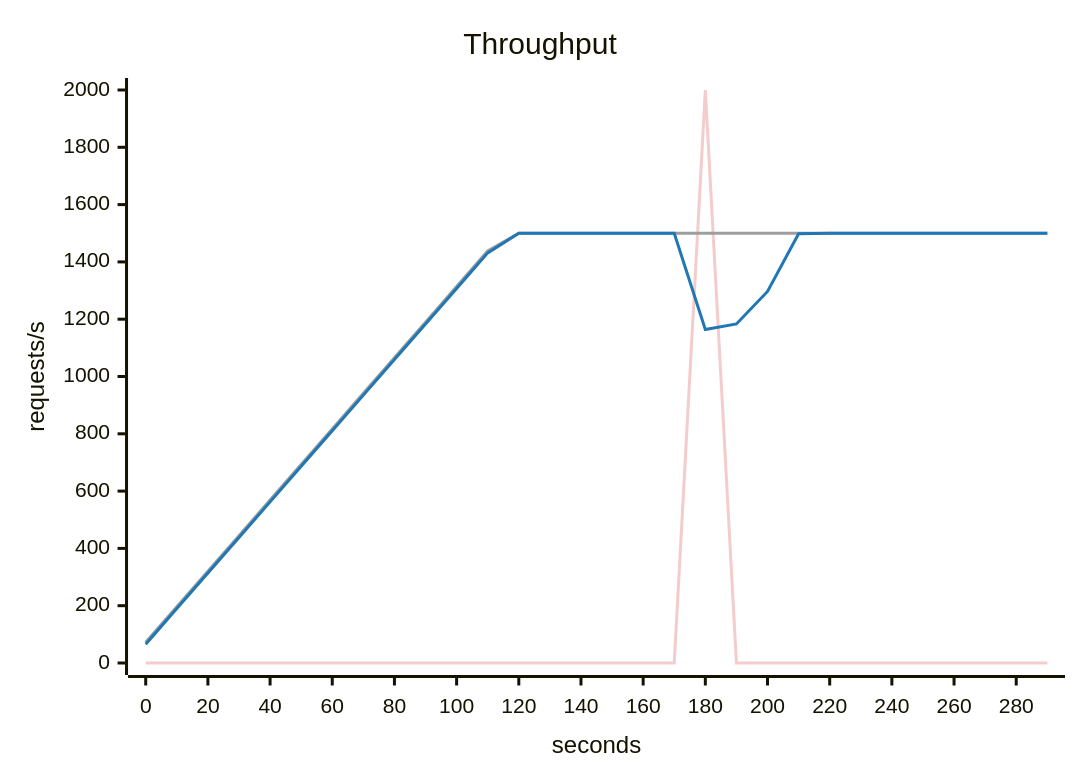
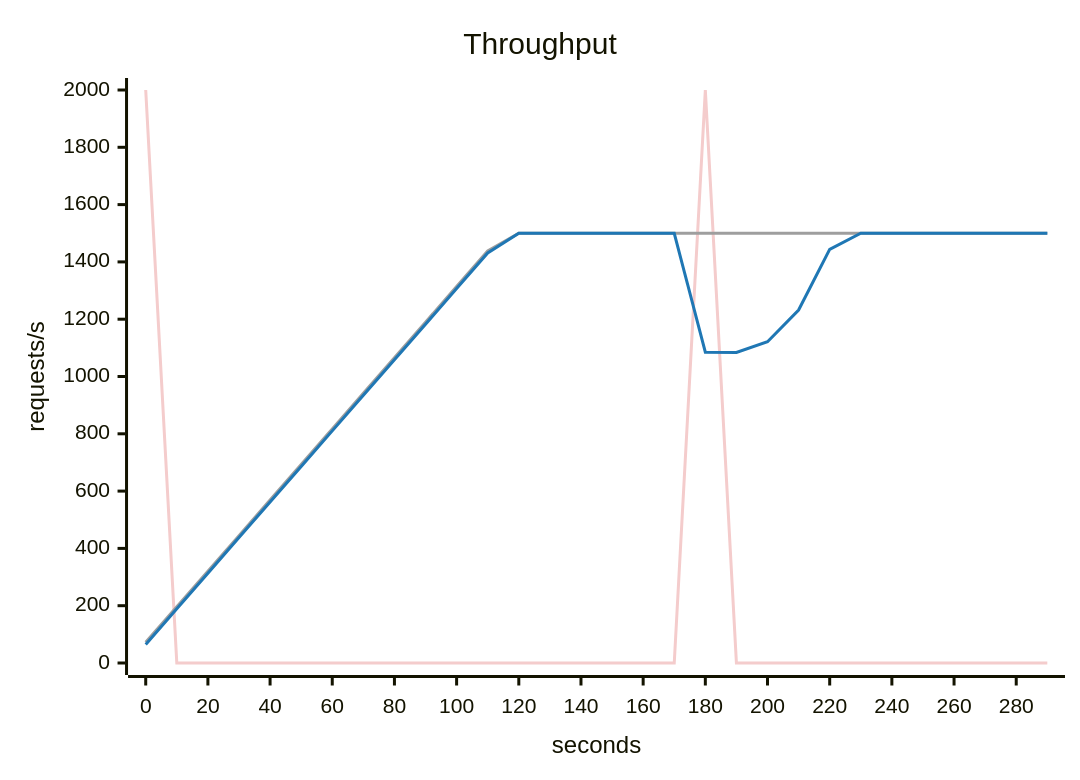
One commit to akinfemi/load-lore changed the second of 5 diagrams in scenarios/cache-restart/solutions/coalesce/report.md. Above: the diagram before and after it, drawn with Mermaid. The commit also changed other lines of this file and 49 other files, not shown here.

````diff
--- a/scenarios/cache-restart/solutions/coalesce/report.md
+++ b/scenarios/cache-restart/solutions/coalesce/report.md
@@ -42,16 +41,16 @@
 ```mermaid
 ---
 config:
   themeVariables:
     xyChart:
       backgroundColor: "transparent"
       plotColorPalette: "#f4cccc, #9e9e9e, #1f77b4"
 ---
 xychart-beta
     title "Throughput"
     x-axis "seconds" 0 --> 290
     y-axis "requests/s" 0 --> 2000
-    line [0, 0, 0, 0, 0, 0, 0, 0, 0, 0, 0, 0, 0, 0, 0, 0, 0, 0, 2000, 0, 0, 0, 0, 0, 0, 0, 0, 0, 0, 0]
+    line [2000, 0, 0, 0, 0, 0, 0, 0, 0, 0, 0, 0, 0, 0, 0, 0, 0, 0, 2000, 0, 0, 0, 0, 0, 0, 0, 0, 0, 0, 0]
     line [72.083, 196.25, 320.417, 444.583, 568.75, 692.917, 817.083, 941.25, 1065.417, 1189.583, 1313.75, 1437.917, 1500, 1500, 1500, 1500, 1500, 1500, 1500, 1500, 1500, 1500, 1500, 1500, 1500, 1500, 1500, 1500, 1500, 1500]
-    line [65.401, 189.918, 314.02, 438.325, 562.427, 686.506, 810.727, 934.983, 1059.085, 1183.307, 1307.437, 1431.463, 1499.85, 1500.099, 1500.002, 1499.902, 1499.998, 1500.002, 1163.818, 1183.522, 1296.833, 1498.376, 1500.049, 1500, 1499.953, 1500.047, 1500.049, 1500, 1499.903, 1500.035]
+    line [64.826, 189.203, 313.65, 437.675, 561.853, 685.961, 810.208, 934.331, 1058.523, 1182.621, 1306.823, 1430.986, 1499.842, 1500, 1499.998, 1500, 1499.998, 1500.003, 1084.658, 1083.734, 1121.289, 1231.995, 1443.974, 1499.95, 1499.952, 1500.096, 1500.002, 1500, 1500.049, 1499.901]
 ```
````
